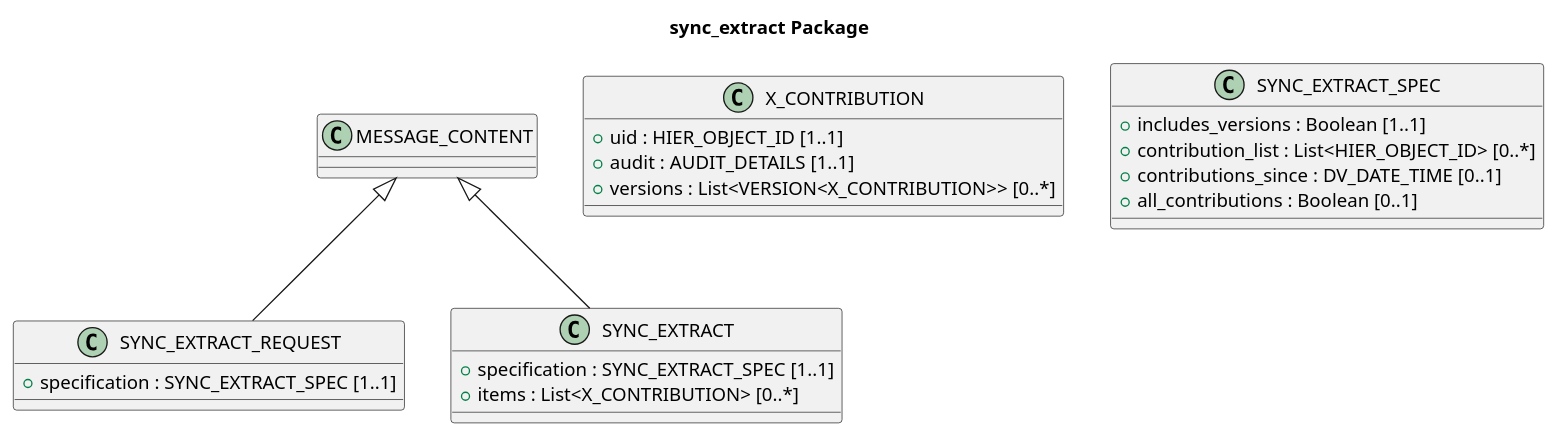
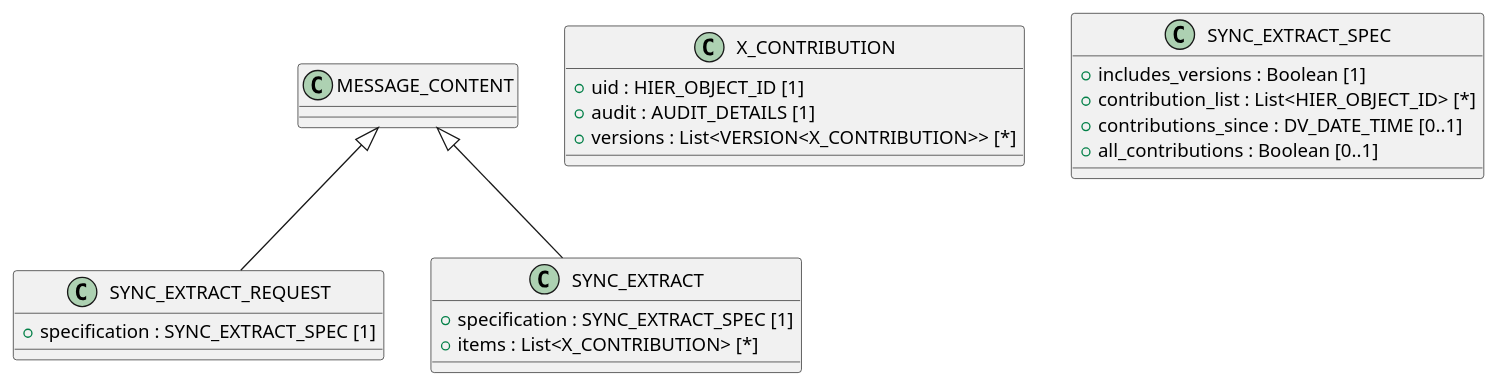
The diagram in code/PlantUML/openehr_rm_1.0.4/org.openehr.rm.ehr_extract.sync_extract.puml (sebastian-iancu/code-generator), drawn with PlantUML before and after one commit. The commit also changed 1618 other files, not shown here.

```diff
--- a/code/PlantUML/openehr_rm_1.0.4/org.openehr.rm.ehr_extract.sync_extract.puml
+++ b/code/PlantUML/openehr_rm_1.0.4/org.openehr.rm.ehr_extract.sync_extract.puml
@@ -1,30 +1,28 @@
 @startuml
-' PlantUML diagram for org.openehr.rm.ehr_extract.sync_extract
-title sync_extract Package
 
 class SYNC_EXTRACT_REQUEST {
-  + specification : SYNC_EXTRACT_SPEC [1..1]
+  + specification : SYNC_EXTRACT_SPEC [1]
 }
 
 class SYNC_EXTRACT {
-  + specification : SYNC_EXTRACT_SPEC [1..1]
-  + items : List<X_CONTRIBUTION> [0..*]
+  + specification : SYNC_EXTRACT_SPEC [1]
+  + items : List<X_CONTRIBUTION> [*]
 }
 
 class X_CONTRIBUTION {
-  + uid : HIER_OBJECT_ID [1..1]
-  + audit : AUDIT_DETAILS [1..1]
-  + versions : List<VERSION<X_CONTRIBUTION>> [0..*]
+  + uid : HIER_OBJECT_ID [1]
+  + audit : AUDIT_DETAILS [1]
+  + versions : List<VERSION<X_CONTRIBUTION>> [*]
 }
 
 class SYNC_EXTRACT_SPEC {
-  + includes_versions : Boolean [1..1]
-  + contribution_list : List<HIER_OBJECT_ID> [0..*]
+  + includes_versions : Boolean [1]
+  + contribution_list : List<HIER_OBJECT_ID> [*]
   + contributions_since : DV_DATE_TIME [0..1]
   + all_contributions : Boolean [0..1]
 }
 
 MESSAGE_CONTENT <|-- SYNC_EXTRACT_REQUEST
 MESSAGE_CONTENT <|-- SYNC_EXTRACT
 
 @enduml
```
